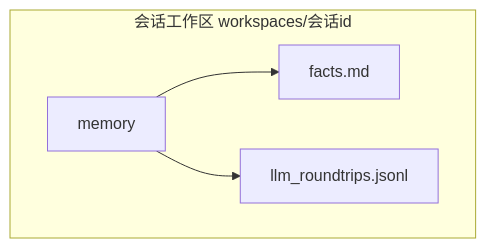
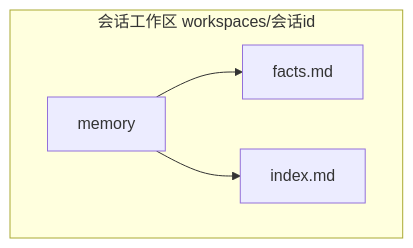
One commit to gaoguodong03/shichai changed the fourth of 4 diagrams in docs/architecture/runtime-architecture.md. Above: the diagram before and after it, drawn with Mermaid. The commit also changed other lines of this file and 48 other files, not shown here.

````diff
--- a/docs/architecture/runtime-architecture.md
+++ b/docs/architecture/runtime-architecture.md
@@ -215,8 +215,8 @@
 ```mermaid
 flowchart TB
   subgraph ws [会话工作区 workspaces/会话id]
     mem[memory]
     mem --> factsFile["facts.md"]
-    mem --> roundtripFile["llm_roundtrips.jsonl"]
+    mem --> indexFile["index.md"]
   end
 ```
````
